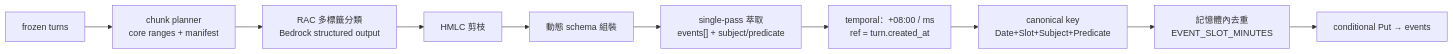
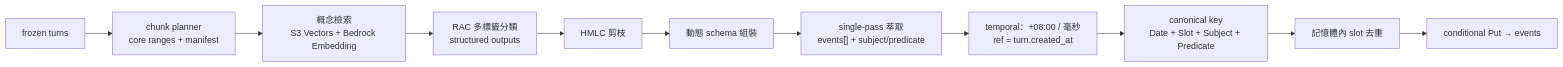
Before and after one commit to 45678XYZ/ai-elder-care: the diagram in docs/feature_events-extraction.md, drawn with Mermaid. The commit also changed other lines of this file, not shown here.

Commit message:
docs: add events extraction port plan

````diff
--- a/docs/feature_events-extraction.md
+++ b/docs/feature_events-extraction.md
@@ -44,12 +81,13 @@
 ```mermaid
 flowchart LR
     turns["frozen turns"] --> plan["chunk planner<br/>core ranges + manifest"]
-    plan --> cls["RAC 多標籤分類<br/>Bedrock structured output"]
+    plan --> ret["概念檢索<br/>S3 Vectors + Bedrock Embedding"]
+    ret --> cls["RAC 多標籤分類<br/>structured outputs"]
     cls --> prune["HMLC 剪枝"]
     prune --> compose["動態 schema 組裝"]
     compose --> ext["single-pass 萃取<br/>events[] + subject/predicate"]
-    ext --> temp["temporal：+08:00 / ms<br/>ref = turn.created_at"]
-    temp --> canon["canonical key<br/>Date+Slot+Subject+Predicate"]
-    canon --> dedup["記憶體內去重<br/>EVENT_SLOT_MINUTES"]
+    ext --> temp["temporal：+08:00 / 毫秒<br/>ref = turn.created_at"]
+    temp --> canon["canonical key<br/>Date + Slot + Subject + Predicate"]
+    canon --> dedup["記憶體內 slot 去重"]
     dedup --> put["conditional Put → events"]
 ```
````
